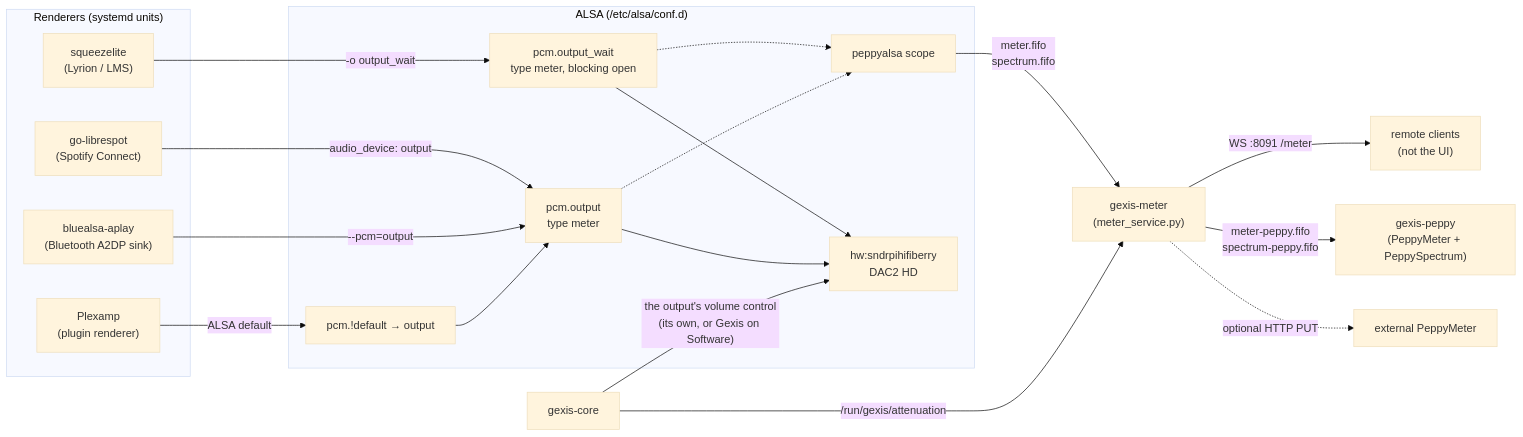
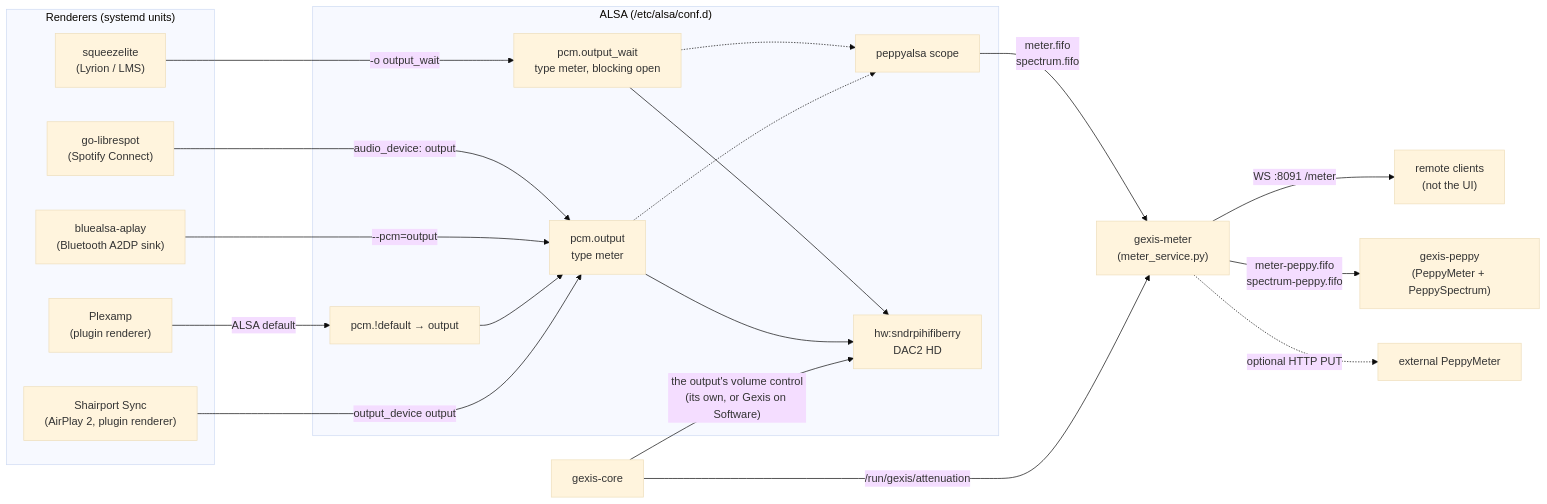
One commit to gcarstoiu/gexis-player changed the first of 5 diagrams in docs/tech/audio-path.md. Above: the diagram before and after it, drawn with Mermaid (base theme). The commit also changed other lines of this file and 8 other files, not shown here.

First line of the commit message:
AirPlay in the documents and Legal and credits; the notices check reads the packages' builds

````diff
--- a/docs/tech/audio-path.md
+++ b/docs/tech/audio-path.md
@@ -13,34 +13,36 @@
 ```mermaid
 flowchart LR
     subgraph Renderers["Renderers (systemd units)"]
         SQ["squeezelite<br/>(Lyrion / LMS)"]
         GL["go-librespot<br/>(Spotify Connect)"]
         BA["bluealsa-aplay<br/>(Bluetooth A2DP sink)"]
         PX["Plexamp<br/>(plugin renderer)"]
+        AP["Shairport Sync<br/>(AirPlay 2, plugin renderer)"]
     end
 
     subgraph ALSA["ALSA (/etc/alsa/conf.d)"]
         OW["pcm.output_wait<br/>type meter, blocking open"]
         OUT["pcm.output<br/>type meter"]
         DEF["pcm.!default → output"]
         SCOPE["peppyalsa scope"]
         HW["hw:sndrpihifiberry<br/>DAC2 HD"]
     end
 
     SQ -- "-o output_wait" --> OW
     GL -- "audio_device: output" --> OUT
     BA -- "--pcm=output" --> OUT
     PX -- "ALSA default" --> DEF --> OUT
+    AP -- "output_device output" --> OUT
     OW --> HW
     OUT --> HW
     OW -.-> SCOPE
     OUT -.-> SCOPE
 
     SCOPE -- "meter.fifo<br/>spectrum.fifo" --> MS["gexis-meter<br/>(meter_service.py)"]
     MS -- "WS :8091 /meter" --> RC["remote clients<br/>(not the UI)"]
     MS -- "meter-peppy.fifo<br/>spectrum-peppy.fifo" --> PP["gexis-peppy<br/>(PeppyMeter + PeppySpectrum)"]
     MS -. "optional HTTP PUT" .-> EXT["external PeppyMeter"]
 
     CORE["gexis-core"] -- "the output's volume control<br/>(its own, or Gexis on Software)" --> HW
     CORE -- "/run/gexis/attenuation" --> MS
 ```
````
